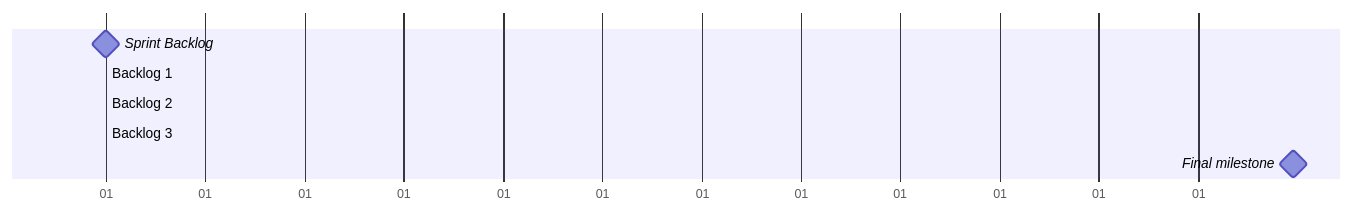
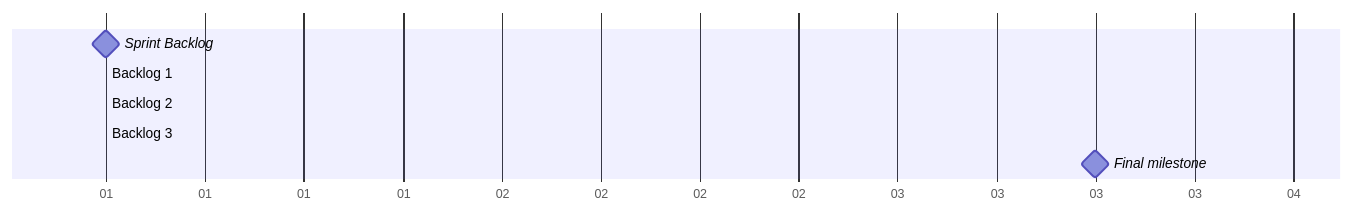
Before and after one commit to Iagocds/Projeto-Integrado: the second of 2 diagrams in sprint.md, drawn with Mermaid.

````diff
--- a/sprint.md
+++ b/sprint.md
@@ -24,10 +24,10 @@
 ```mermaid
 gantt
     dateFormat D
     axisFormat %d
-    Sprint Backlog : milestone, m1, 0, 1d
+    Sprint Backlog : milestone, m1, 1, 0d
     Backlog 1 : 0d
     Backlog 2 : 0d
     Backlog 3 : 0d
     Final milestone : milestone, m2, 3, 1d
 ```
````
